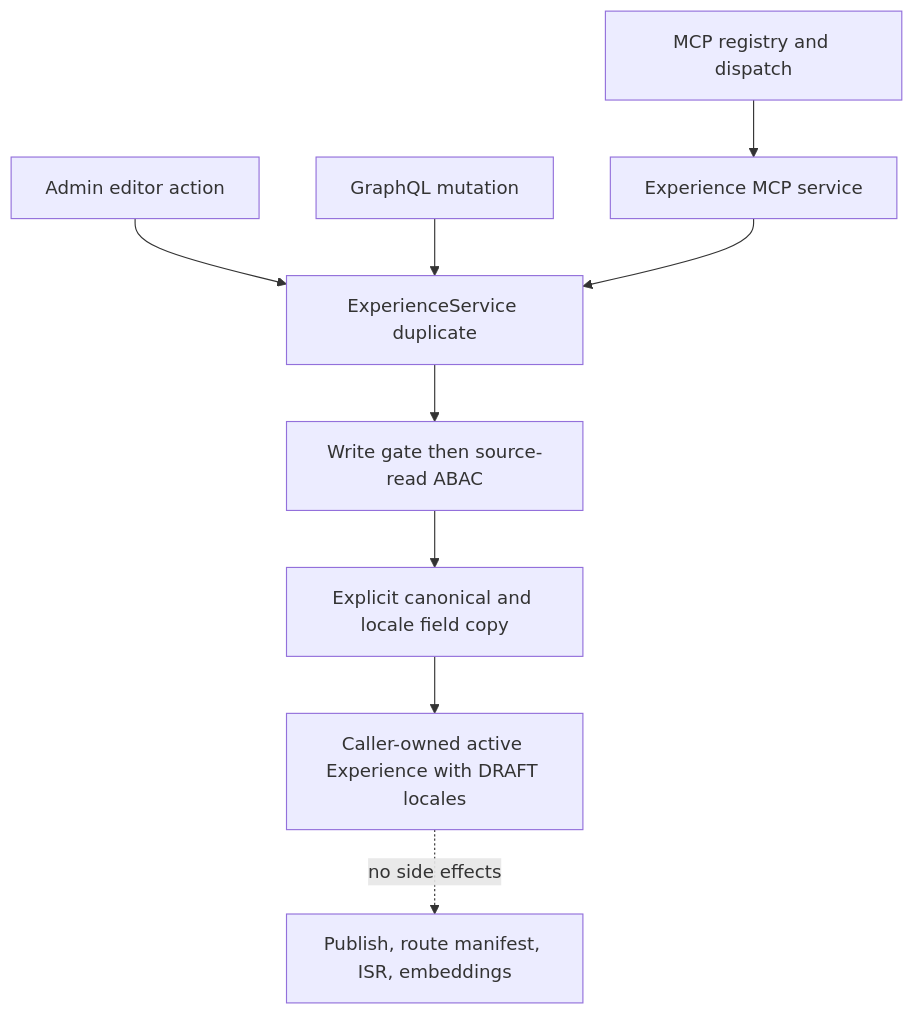
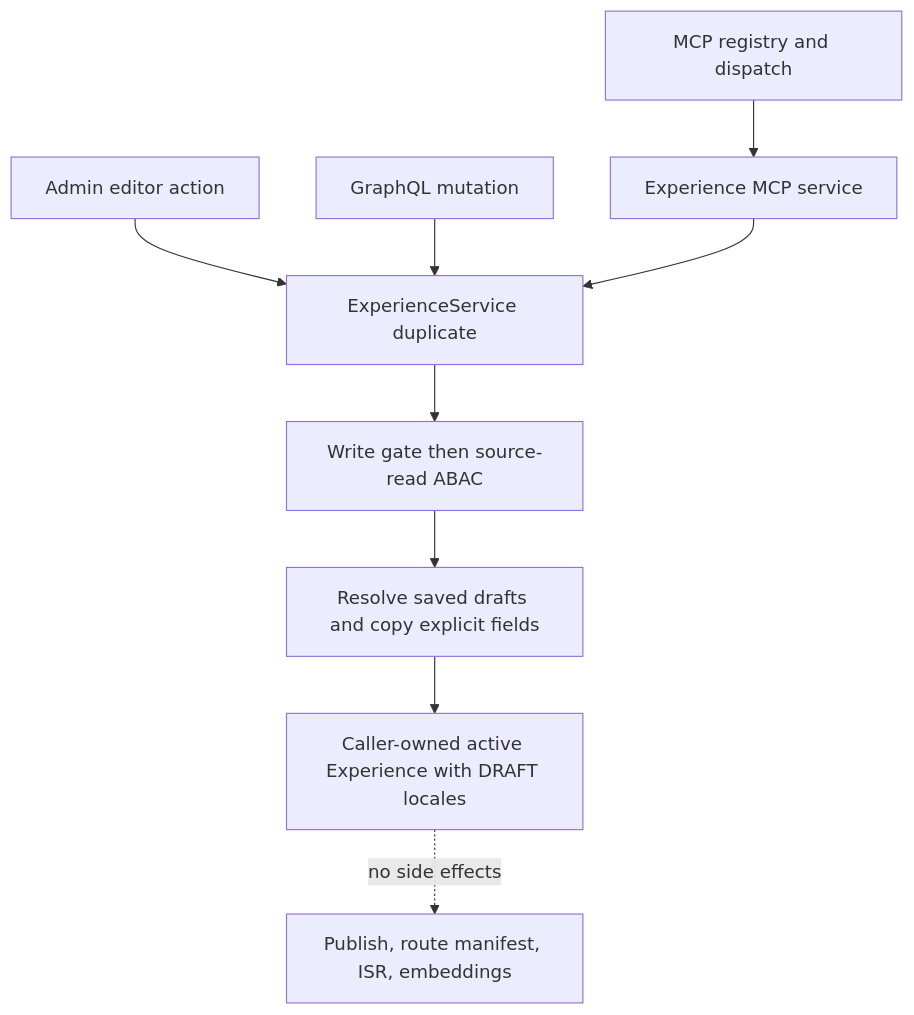
One commit to JesusFilm/forge changed the diagram in docs/plans/2026-08-21-0912-feat-experience-duplication-plan.md. Above: the diagram before and after it, drawn with Mermaid. The commit also changed other lines of this file and 8 other files, not shown here.

````diff
--- a/docs/plans/2026-08-21-0912-feat-experience-duplication-plan.md
+++ b/docs/plans/2026-08-21-0912-feat-experience-duplication-plan.md
@@ -99,11 +99,11 @@
 ```mermaid
 flowchart TB
   ADMIN[Admin editor action] --> SERVICE[ExperienceService duplicate]
   GQL[GraphQL mutation] --> SERVICE
   MCP[MCP registry and dispatch] --> MCPSVC[Experience MCP service]
   MCPSVC --> SERVICE
   SERVICE --> AUTH[Write gate then source-read ABAC]
-  AUTH --> COPY[Explicit canonical and locale field copy]
+  AUTH --> COPY[Resolve saved drafts and copy explicit fields]
   COPY --> DRAFT[Caller-owned active Experience with DRAFT locales]
   DRAFT -. no side effects .-> PUBLIC[Publish, route manifest, ISR, embeddings]
 ```
````
